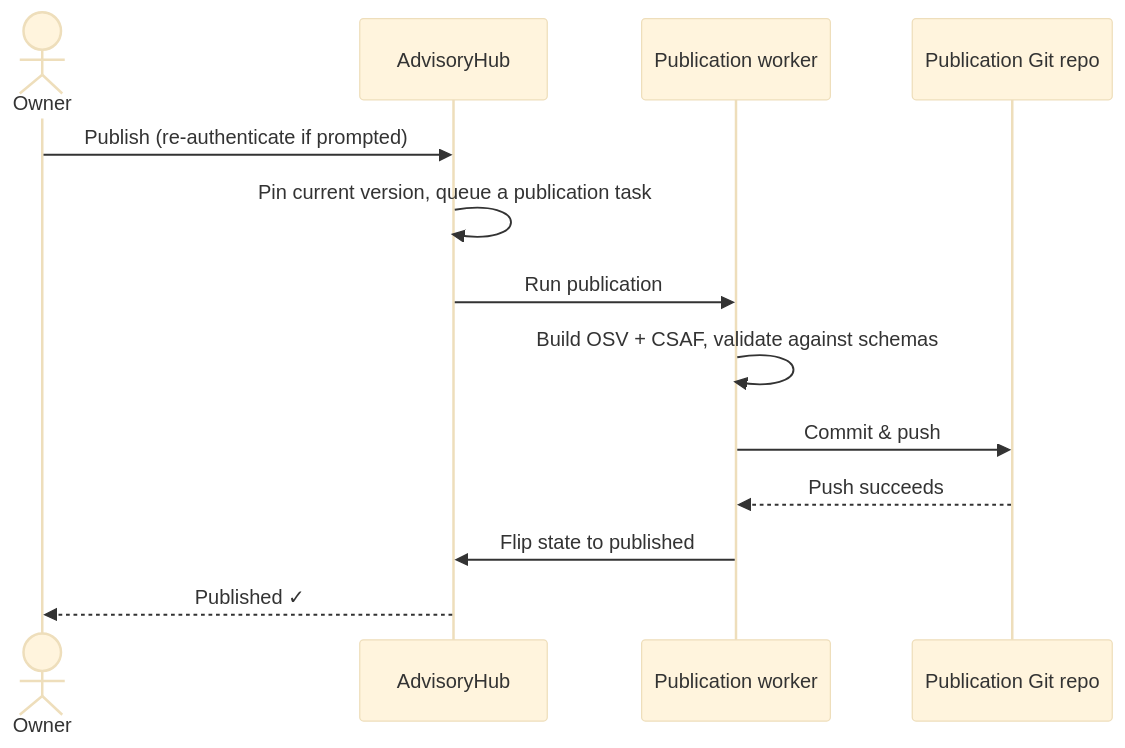
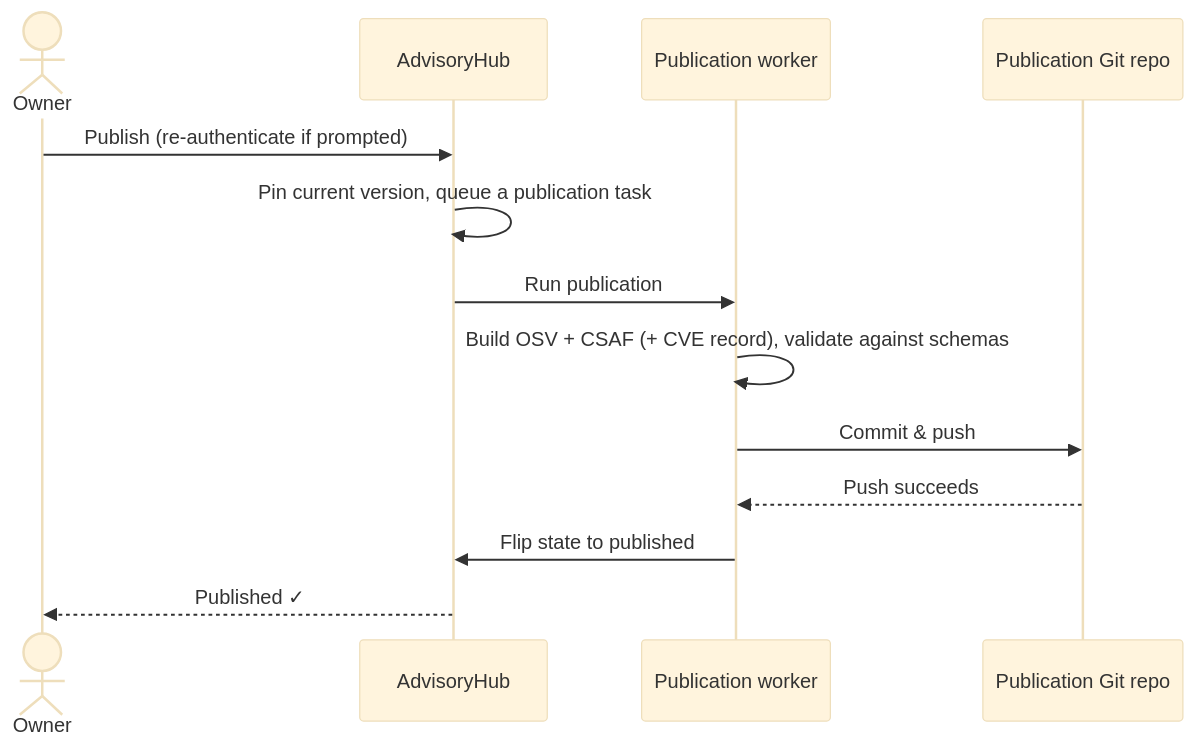
One commit to eclipse-csi/advisoryhub changed the third of 3 diagrams in docs/manual/security-team.md. Above: the diagram before and after it, drawn with Mermaid (base theme). The commit also changed other lines of this file and 4 other files, not shown here.

````diff
--- a/docs/manual/security-team.md
+++ b/docs/manual/security-team.md
@@ -201,15 +221,15 @@
 ```mermaid
 sequenceDiagram
     actor Owner
     participant Hub as AdvisoryHub
     participant Worker as Publication worker
     participant Repo as Publication Git repo
     Owner->>Hub: Publish (re-authenticate if prompted)
     Hub->>Hub: Pin current version, queue a publication task
     Hub->>Worker: Run publication
-    Worker->>Worker: Build OSV + CSAF, validate against schemas
+    Worker->>Worker: Build OSV + CSAF (+ CVE record), validate against schemas
     Worker->>Repo: Commit & push
     Repo-->>Worker: Push succeeds
     Worker->>Hub: Flip state to published
     Hub-->>Owner: Published ✓
 ```
````
